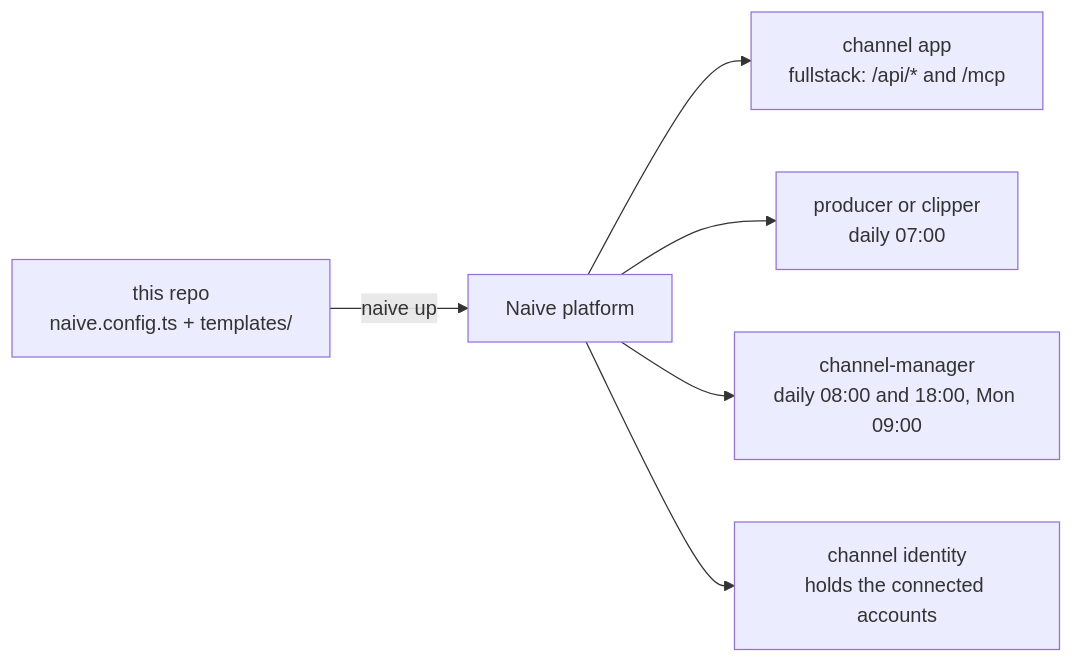
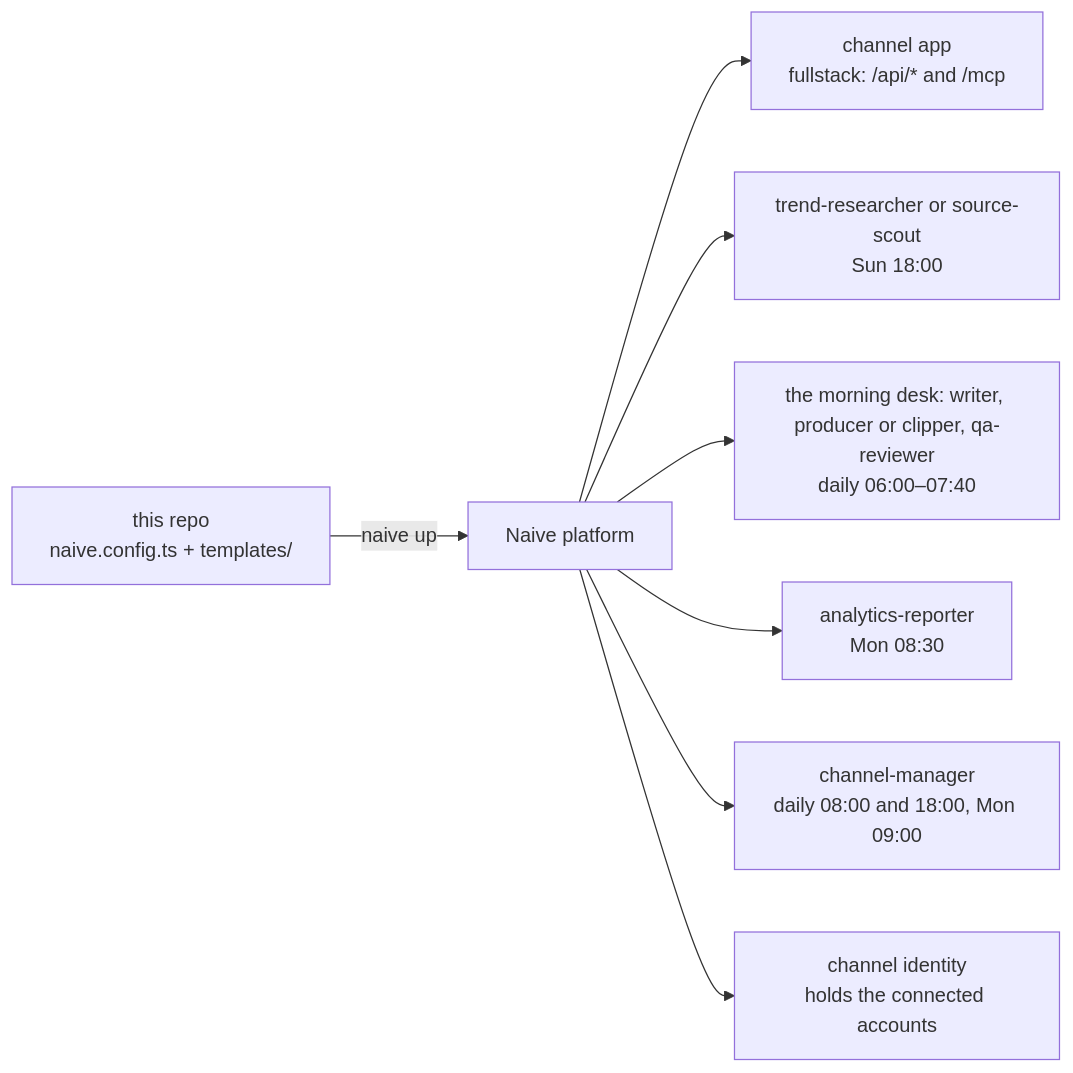
Before and after one commit to usenaive/media-blueprint: the diagram in README.md, drawn with Mermaid. The commit also changed other lines of this file and 5 other files, not shown here.

````diff
--- a/README.md
+++ b/README.md
@@ -32,9 +32,11 @@
 ```mermaid
 flowchart LR
   repo["this repo<br/>naive.config.ts + templates/"]
   repo -->|naive up| plat["Naive platform"]
   plat --> app["channel app<br/>fullstack: /api/* and /mcp"]
-  plat --> spec["producer or clipper<br/>daily 07:00"]
+  plat --> res["trend-researcher or source-scout<br/>Sun 18:00"]
+  plat --> desk["the morning desk: writer, producer or clipper, qa-reviewer<br/>daily 06:00–07:40"]
+  plat --> rep["analytics-reporter<br/>Mon 08:30"]
   plat --> mgr["channel-manager<br/>daily 08:00 and 18:00, Mon 09:00"]
   plat --> idn["channel identity<br/>holds the connected accounts"]
 ```
````
